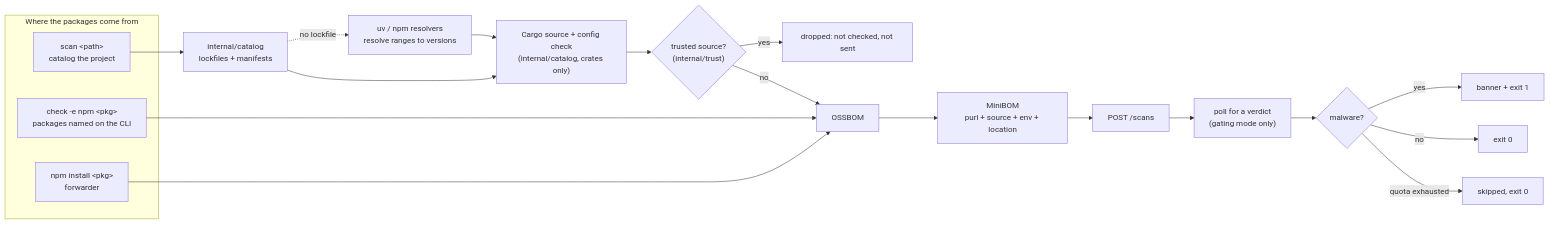
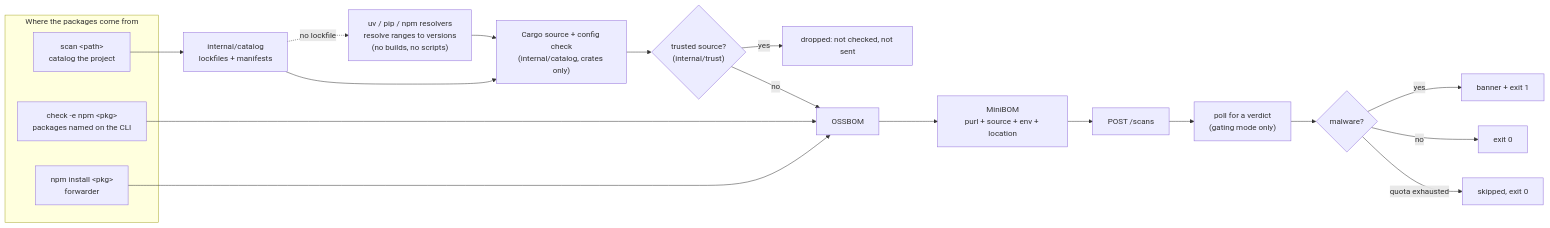
One commit to ossprey/ossprey-cli changed the first of 3 diagrams in docs/architecture.md. Above: the diagram before and after it, drawn with Mermaid. The commit also changed other lines of this file and 18 other files, not shown here.

````diff
--- a/docs/architecture.md
+++ b/docs/architecture.md
@@ -17,25 +19,25 @@
 ```mermaid
 flowchart LR
     subgraph sources["Where the packages come from"]
         A["scan &lt;path&gt;<br/>catalog the project"]
         B["check -e npm &lt;pkg&gt;<br/>packages named on the CLI"]
         C["npm install &lt;pkg&gt;<br/>forwarder"]
     end
 
     A --> D["internal/catalog<br/>lockfiles + manifests"]
-    D -. "no lockfile" .-> E["uv / npm resolvers<br/>resolve ranges to versions"]
+    D -. "no lockfile" .-> E["uv / pip / npm resolvers<br/>resolve ranges to versions<br/>(no builds, no scripts)"]
     E --> R
     D --> R["Cargo source + config check<br/>(internal/catalog, crates only)"]
     R --> T{"trusted source?<br/>(internal/trust)"}
     T -- "yes" --> X["dropped: not checked, not sent"]
     T -- "no" --> F["OSSBOM"]
     B --> F
     C --> F
     F --> G["MiniBOM<br/>purl + source + env + location"]
     G --> H["POST /scans"]
     H --> I["poll for a verdict<br/>(gating mode only)"]
     I --> J{"malware?"}
     J -- "yes" --> K["banner + exit 1"]
     J -- "no" --> L["exit 0"]
     J -- "quota exhausted" --> M["skipped, exit 0"]
 ```
````
